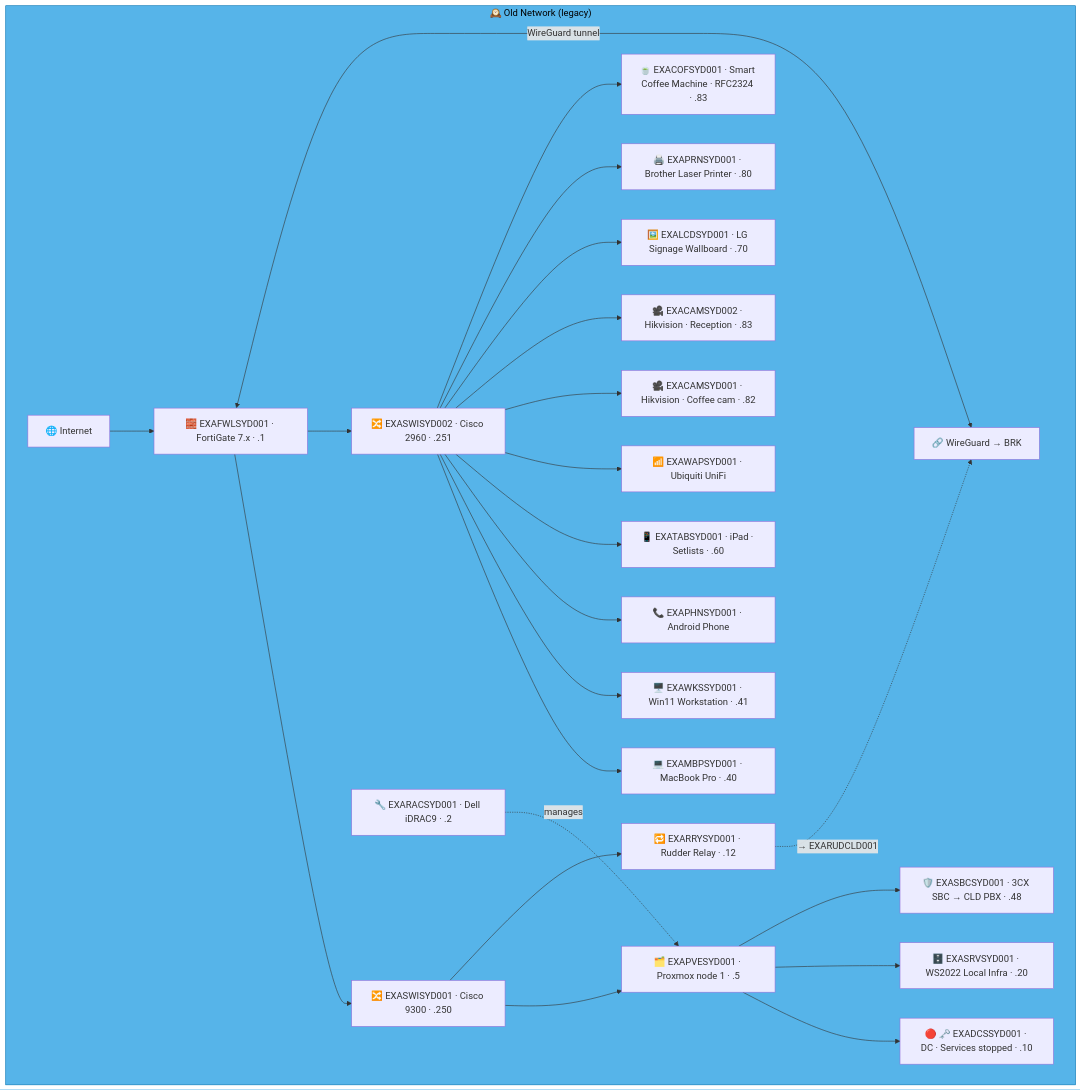
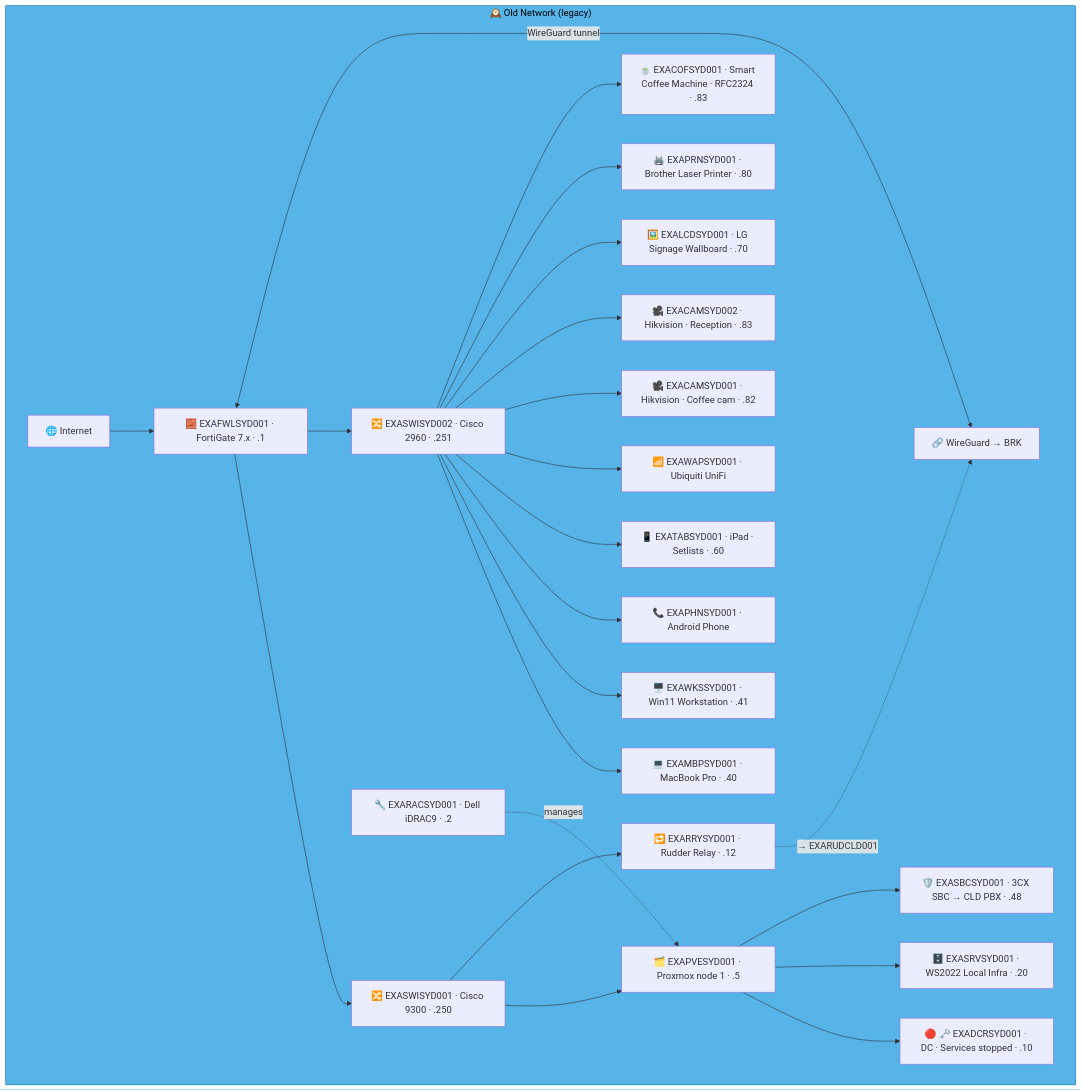
Before and after one commit to knightmare2600/example_music_infra: the second of 6 diagrams in docs/network-diagram/australia.md, drawn with Mermaid. The commit also changed other lines of this file and 8 other files, not shown here.

````diff
--- a/docs/network-diagram/australia.md
+++ b/docs/network-diagram/australia.md
@@ -94,37 +92,37 @@
 ```mermaid
 graph TD
     subgraph OLD_SYD ["🕰️ Old Network (legacy)"]
       INET["🌐 Internet"]
       FWL["🧱 EXAFWLSYD001 · FortiGate 7.x · .1"]
       SW1["🔀 EXASWISYD001 · Cisco 9300 · .250"]
       SW2["🔀 EXASWISYD002 · Cisco 2960 · .251"]
       RAC["🔧 EXARACSYD001 · Dell iDRAC9 · .2"]
       PVE["🗂️ EXAPVESYD001 · Proxmox node 1 · .5"]
-      DC["🔴 🗝️ EXADCSSYD001 · DC · Services stopped · .10"]
+      DC["🔴 🗝️ EXADCRSYD001 · DC · Services stopped · .10"]
       SRV["🗄️ EXASRVSYD001 · WS2022 Local Infra · .20"]
       SBC["🛡️ EXASBCSYD001 · 3CX SBC → CLD PBX · .48"]
       RRY["🔁 EXARRYSYD001 · Rudder Relay · .12"]
       MBP["💻 EXAMBPSYD001 · MacBook Pro · .40"]
       WKS["🖥️ EXAWKSSYD001 · Win11 Workstation · .41"]
       PHN["📞 EXAPHNSYD001 · Android Phone"]
       TAB["📱 EXATABSYD001 · iPad · Setlists · .60"]
       WAP["📶 EXAWAPSYD001 · Ubiquiti UniFi"]
       CAM1["🎥 EXACAMSYD001 · Hikvision · Coffee cam · .82"]
       CAM2["🎥 EXACAMSYD002 · Hikvision · Reception · .83"]
       LCD["🖼️ EXALCDSYD001 · LG Signage Wallboard · .70"]
       PRN["🖨️ EXAPRNSYD001 · Brother Laser Printer · .80"]
       COF["🍵 EXACOFSYD001 · Smart Coffee Machine · RFC2324 · .83"]
       VPN["🔗 WireGuard → BRK"]
 
       INET --> FWL --> SW1 & SW2
       SW1 --> PVE --> DC & SRV & SBC
       RAC -.->|"manages"| PVE
       SW2 --> MBP & WKS & PHN & TAB & WAP
       SW2 --> CAM1 & CAM2 & LCD & PRN & COF
       FWL <-->|"WireGuard tunnel"| VPN
 
       SW1 --> RRY
       RRY -. "→ EXARUDCLD001" .-> VPN
     end
     style OLD_SYD fill:#56B4E9,stroke:#0072B2,color:#000000
 ```
````
